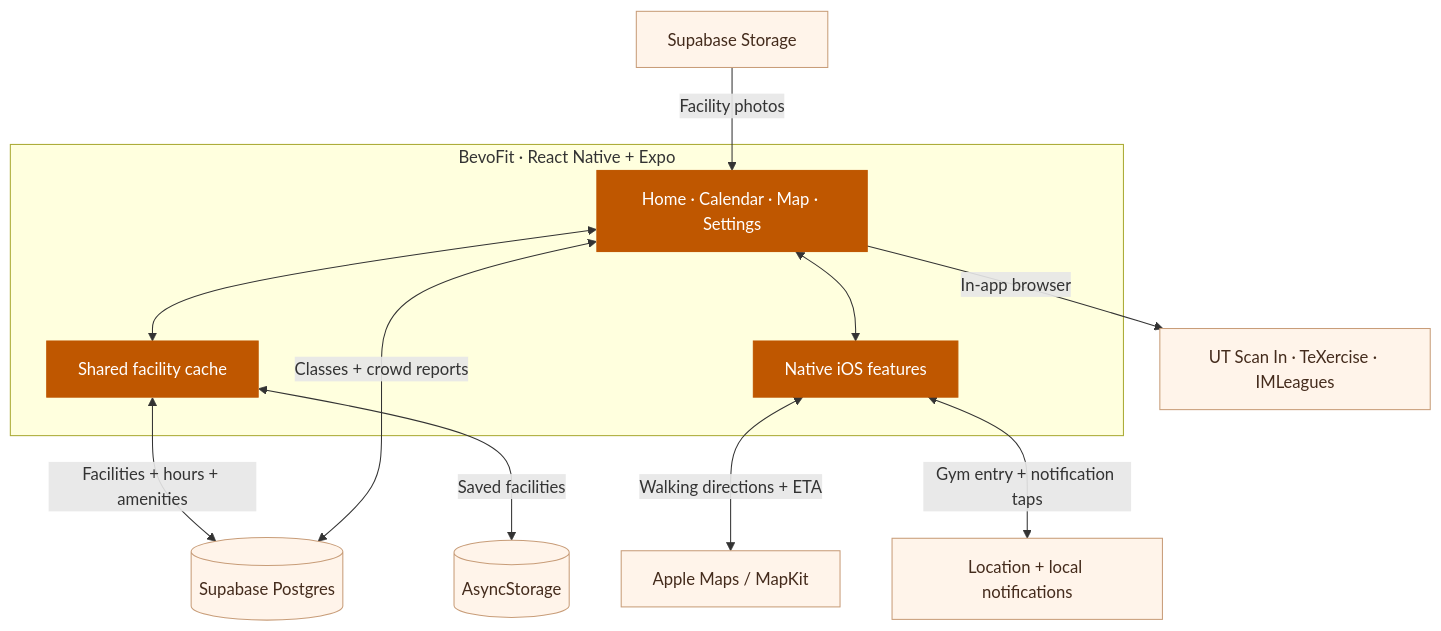
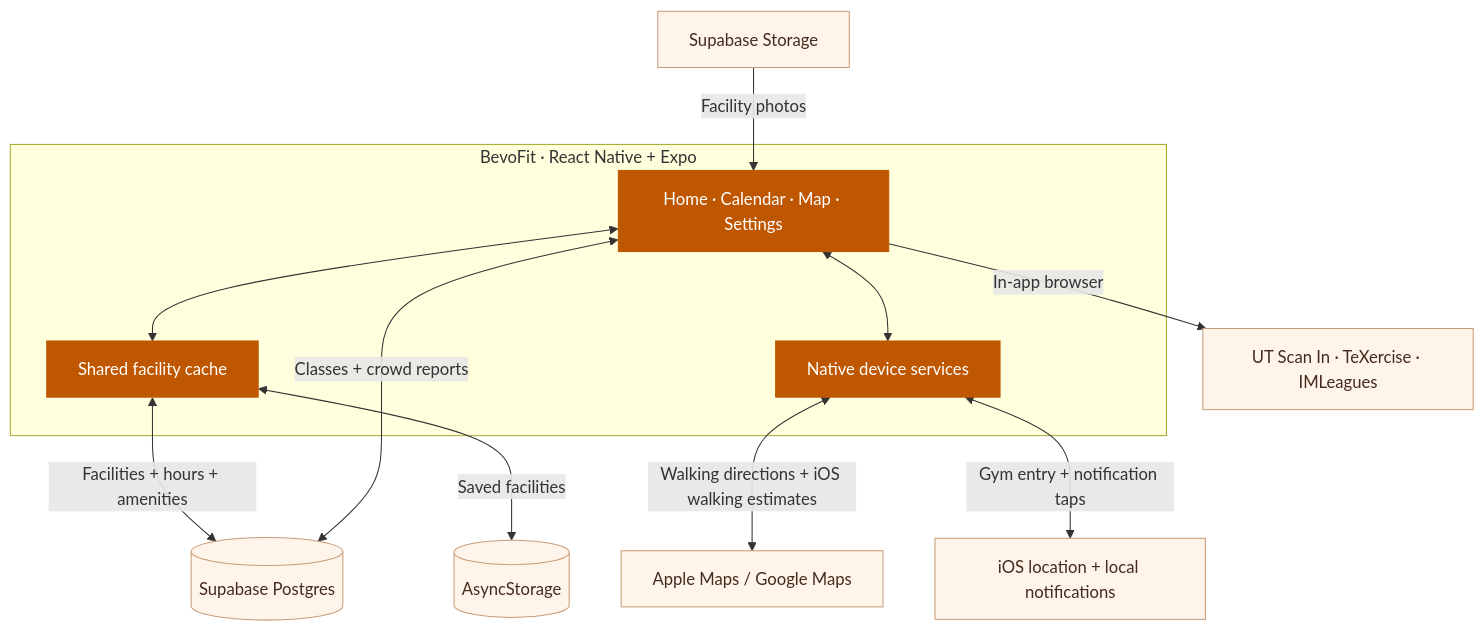
Before and after one commit to srirsatt/BevoFit: the diagram in README.md, drawn with Mermaid. The commit also changed other lines of this file, not shown here.

````diff
--- a/README.md
+++ b/README.md
@@ -37,30 +44,30 @@
 ```mermaid
 flowchart TB
     subgraph app[BevoFit · React Native + Expo]
         screens[Home · Calendar · Map · Settings]
         cache[Shared facility cache]
-        native[Native iOS features]
+        native[Native device services]
         screens <--> cache
         screens <--> native
     end
 
     db[(Supabase Postgres)]
     images[Supabase Storage]
     local[(AsyncStorage)]
-    maps[Apple Maps / MapKit]
-    alerts[Location + local notifications]
+    maps[Apple Maps / Google Maps]
+    alerts[iOS location + local notifications]
     ut[UT Scan In · TeXercise · IMLeagues]
 
     cache <-->|Facilities + hours + amenities| db
     cache <-->|Saved facilities| local
     screens <-->|Classes + crowd reports| db
     images -->|Facility photos| screens
-    native <-->|Walking directions + ETA| maps
+    native <-->|Walking directions + iOS walking estimates| maps
     native <-->|Gym entry + notification taps| alerts
     screens -->|In-app browser| ut
 
     classDef brand fill:#BF5700,color:#FFFFFF,stroke:#BF5700
     classDef service fill:#FFF4EA,color:#442B1C,stroke:#C89D79
     class screens,cache,native brand
     class db,images,local,maps,alerts,ut service
 ```
````
